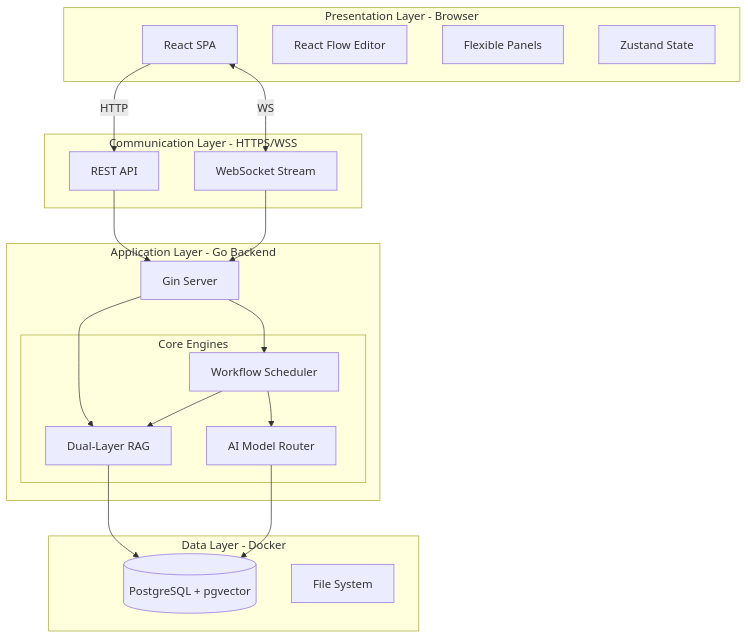
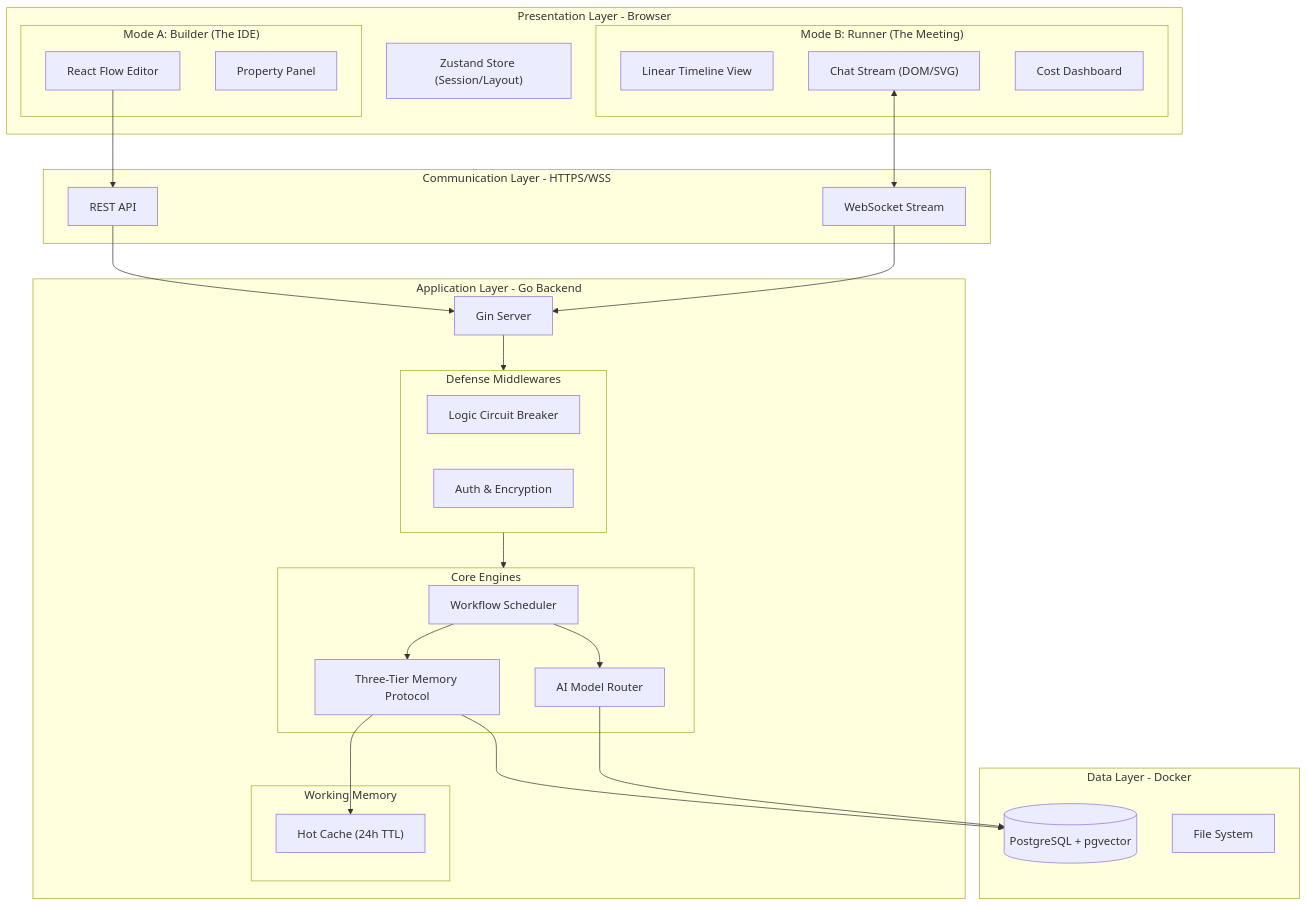
Before and after one commit to hrygo/council: the diagram in docs/tdd/01_architecture.md, drawn with Mermaid. The commit also changed other lines of this file and 7 other files, not shown here.

````diff
--- a/docs/tdd/01_architecture.md
+++ b/docs/tdd/01_architecture.md
@@ -5,43 +5,60 @@
 ```mermaid
 graph TD
     subgraph Browser["Presentation Layer - Browser"]
-        UI_Main["React SPA"]
-        UI_Canvas["React Flow Editor"]
-        UI_Layout["Flexible Panels"]
-        Store["Zustand State"]
+        subgraph Mode_Build["Mode A: Builder (The IDE)"]
+            UI_Canvas["React Flow Editor"]
+            UI_PropPanel["Property Panel"]
+        end
+        
+        subgraph Mode_Run["Mode B: Runner (The Meeting)"]
+            UI_Timeline["Linear Timeline View"]
+            UI_Stream["Chat Stream (DOM/SVG)"]
+            UI_Dashboard["Cost Dashboard"]
+        end
+        
+        Store["Zustand Store (Session/Layout)"]
     end
 
     subgraph Communication["Communication Layer - HTTPS/WSS"]
         API_HTTP["REST API"]
         API_WS["WebSocket Stream"]
     end
 
     subgraph Backend["Application Layer - Go Backend"]
         Gateway["Gin Server"]
         
+        subgraph Middlewares["Defense Middlewares"]
+            CircuitBreaker["Logic Circuit Breaker"]
+            Auth["Auth & Encryption"]
+        end
+        
         subgraph Engines["Core Engines"]
             WorkflowEngine["Workflow Scheduler"]
             AIGateway["AI Model Router"]
-            MemoryManager["Dual-Layer RAG"]
+            MemoryManager["Three-Tier Memory Protocol"]
+        end
+        
+        subgraph Cache["Working Memory"]
+            Redis["Hot Cache (24h TTL)"]
         end
     end
 
     subgraph Data["Data Layer - Docker"]
         DB[("PostgreSQL + pgvector")]
         FileSys["File System"]
     end
 
-    UI_Main -->|HTTP| API_HTTP
-    UI_Main <-->|WS| API_WS
+    UI_Canvas --> API_HTTP
+    UI_Stream <--> API_WS
+    
     API_HTTP --> Gateway
     API_WS --> Gateway
-    
-    Gateway --> WorkflowEngine
-    Gateway --> MemoryManager
+    Gateway --> Middlewares --> Engines
     
     WorkflowEngine --> AIGateway
     WorkflowEngine --> MemoryManager
     
+    MemoryManager --> Redis
     MemoryManager --> DB
     AIGateway --> DB
 ```
````
